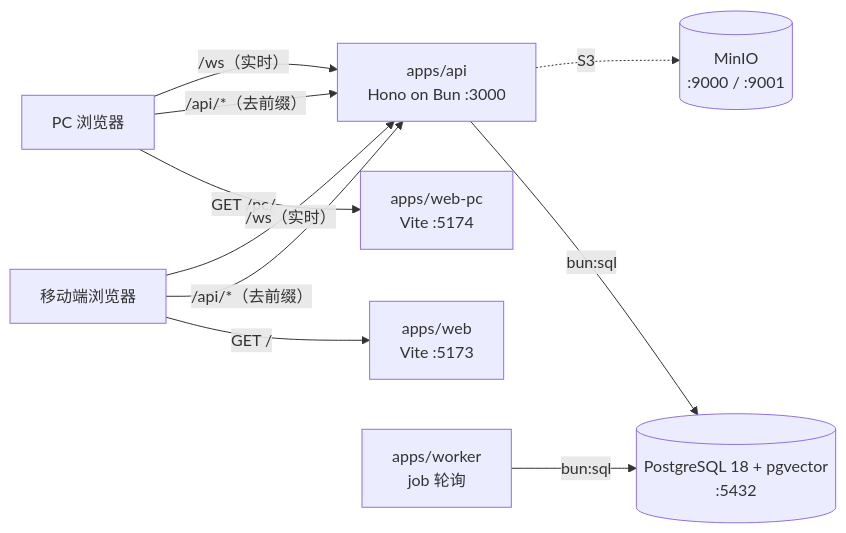
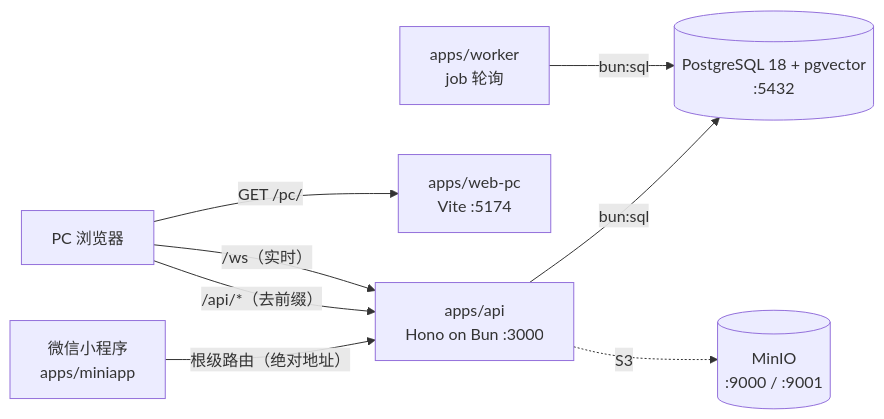
The diagram in README.md (zzstar101/FISH), drawn with Mermaid before and after one commit. The commit also changed other lines of this file and 224 other files, not shown here.

First line of the commit message:
chore(infra): 移除 apps/web 移动端 PWA，品牌图改由 API 托管 (#325) (#334)

````diff
--- a/README.md
+++ b/README.md
@@ -72,12 +72,10 @@
 ```mermaid
 graph LR
-  BROWSER["移动端浏览器"] -->|"GET /"| WEB["apps/web<br/>Vite :5173"]
+  MINIAPP["微信小程序<br/>apps/miniapp"] -->|"根级路由（绝对地址）"| API["apps/api<br/>Hono on Bun :3000"]
   PC_BROWSER["PC 浏览器"] -->|"GET /pc/"| WEB_PC["apps/web-pc<br/>Vite :5174"]
-  BROWSER -->|"/api/*（去前缀）"| API["apps/api<br/>Hono on Bun :3000"]
   PC_BROWSER -->|"/api/*（去前缀）"| API
-  BROWSER -->|"/ws（实时）"| API
   PC_BROWSER -->|"/ws（实时）"| API
   API -->|"bun:sql"| PG[("PostgreSQL 18 + pgvector<br/>:5432")]
   WORKER["apps/worker<br/>job 轮询"] -->|"bun:sql"| PG
   API -.->|"S3"| MINIO[("MinIO<br/>:9000 / :9001")]
 ```
````
